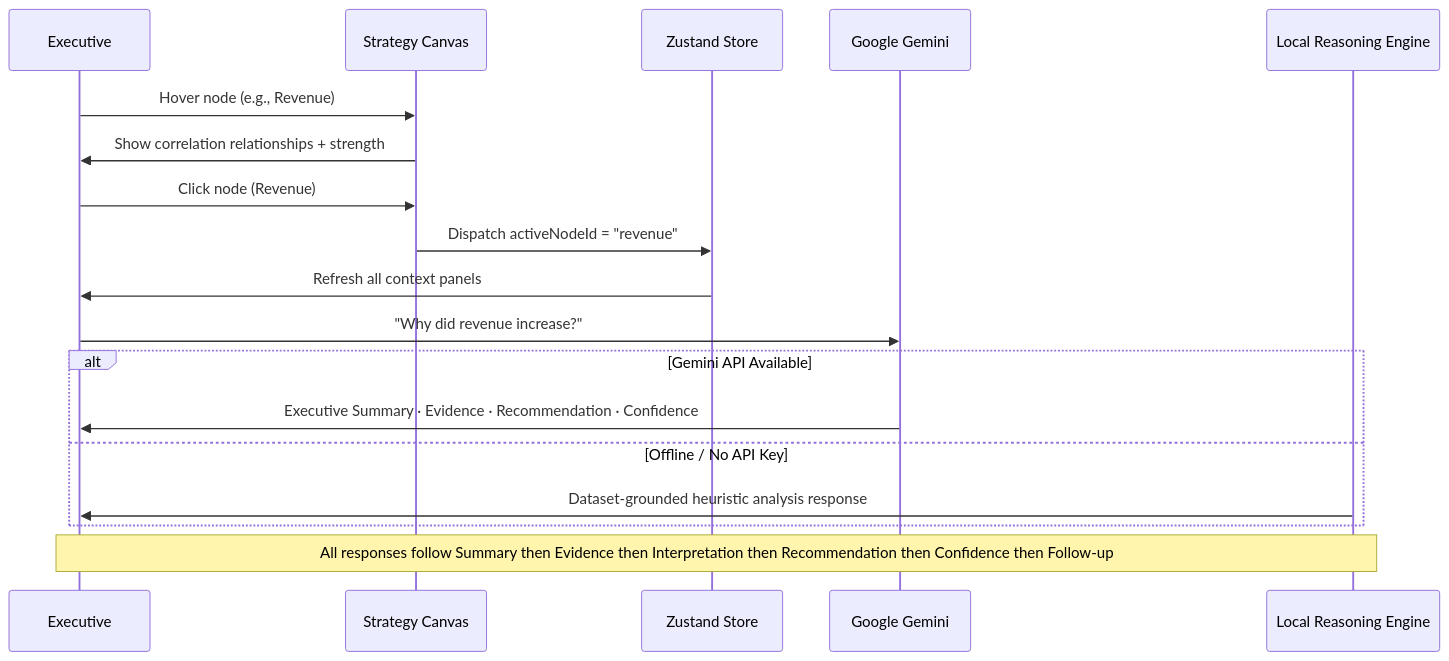
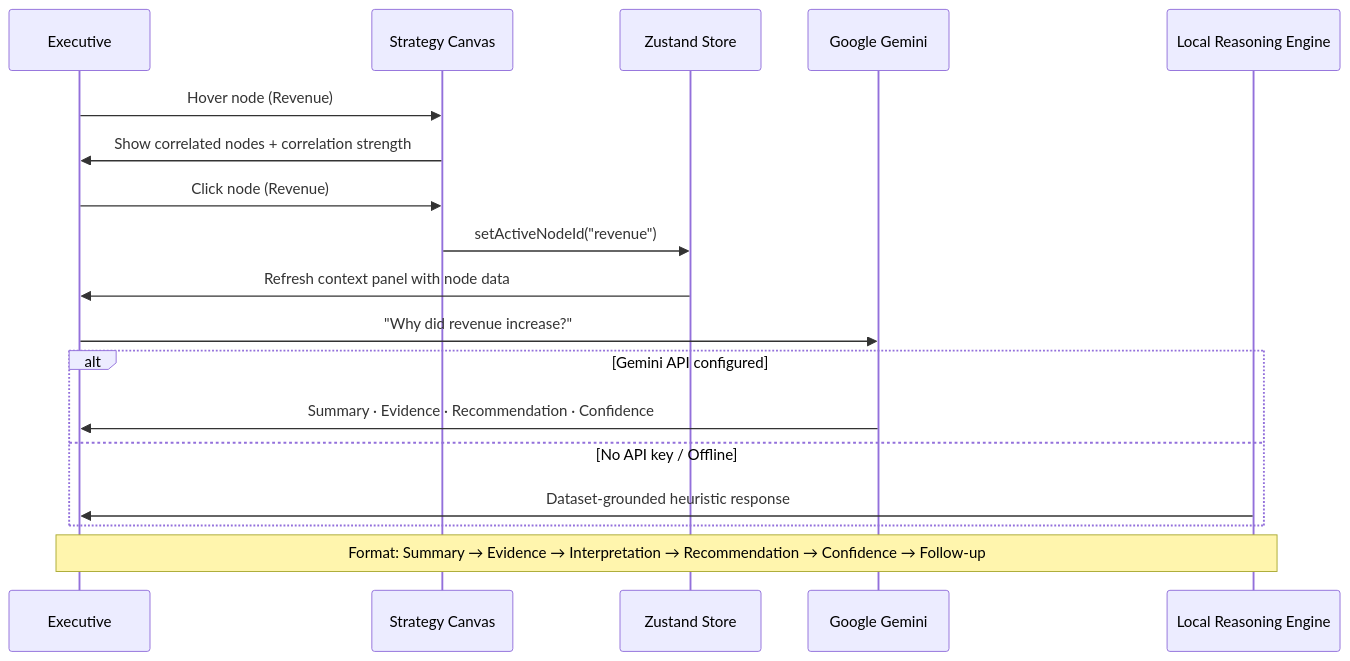
One commit to pravalika2307/SynapseIQ changed the second of 3 diagrams in README.md. Above: the diagram before and after it, drawn with Mermaid. The commit also changed other lines of this file and 7 other files, not shown here.

````diff
--- a/README.md
+++ b/README.md
@@ -195,23 +225,22 @@
 ```mermaid
 sequenceDiagram
-    participant User as Executive
-    participant Graph as Strategy Canvas
-    participant Store as Zustand Store
-    participant Gemini as Google Gemini
-    participant Fallback as Local Reasoning Engine
+    participant E as Executive
+    participant SC as Strategy Canvas
+    participant S as Zustand Store
+    participant G as Google Gemini
+    participant L as Local Reasoning Engine
 
-    User->>Graph: Hover node (e.g., Revenue)
-    Graph->>User: Show correlation relationships + strength
-    User->>Graph: Click node (Revenue)
-    Graph->>Store: Dispatch activeNodeId = "revenue"
-    Store->>User: Refresh all context panels
+    E->>SC: Hover node (Revenue)
+    SC->>E: Show correlated nodes + correlation strength
+    E->>SC: Click node (Revenue)
+    SC->>S: setActiveNodeId("revenue")
+    S->>E: Refresh context panel with node data
 
-    User->>Gemini: "Why did revenue increase?"
-    alt Gemini API Available
-        Gemini->>User: Executive Summary · Evidence · Recommendation · Confidence
-    else Offline / No API Key
-        Fallback->>User: Dataset-grounded heuristic analysis response
+    E->>G: "Why did revenue increase?"
+    alt Gemini API configured
+        G->>E: Summary · Evidence · Recommendation · Confidence
+    else No API key / Offline
+        L->>E: Dataset-grounded heuristic response
     end
-
-    Note over User,Fallback: All responses follow Summary then Evidence then Interpretation then Recommendation then Confidence then Follow-up
+    Note over E,L: Format: Summary → Evidence → Interpretation → Recommendation → Confidence → Follow-up
 ```
````
